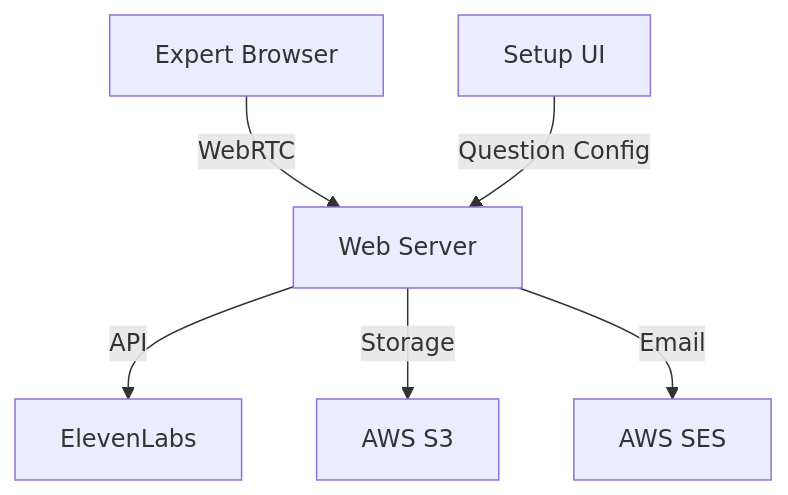
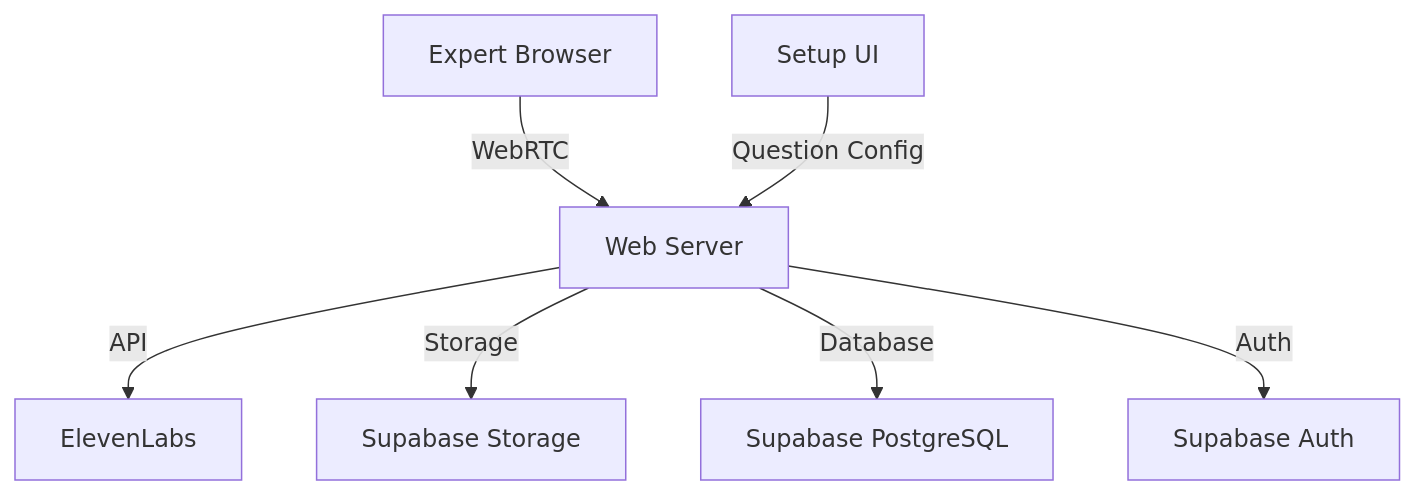
One commit to aramintarob/interviewbot changed the diagram in README.md. Above: the diagram before and after it, drawn with Mermaid. The commit also changed other lines of this file and 23 other files, not shown here.

````diff
--- a/README.md
+++ b/README.md
@@ -289,8 +287,9 @@
 ```mermaid
 graph TD
     A[Expert Browser] -->|WebRTC| B[Web Server]
     B -->|API| C[ElevenLabs]
-    B -->|Storage| D[AWS S3]
-    B -->|Email| E[AWS SES]
-    F[Setup UI] -->|Question Config| B
+    B -->|Storage| D[Supabase Storage]
+    B -->|Database| E[Supabase PostgreSQL]
+    B -->|Auth| F[Supabase Auth]
+    G[Setup UI] -->|Question Config| B
 ```
````
